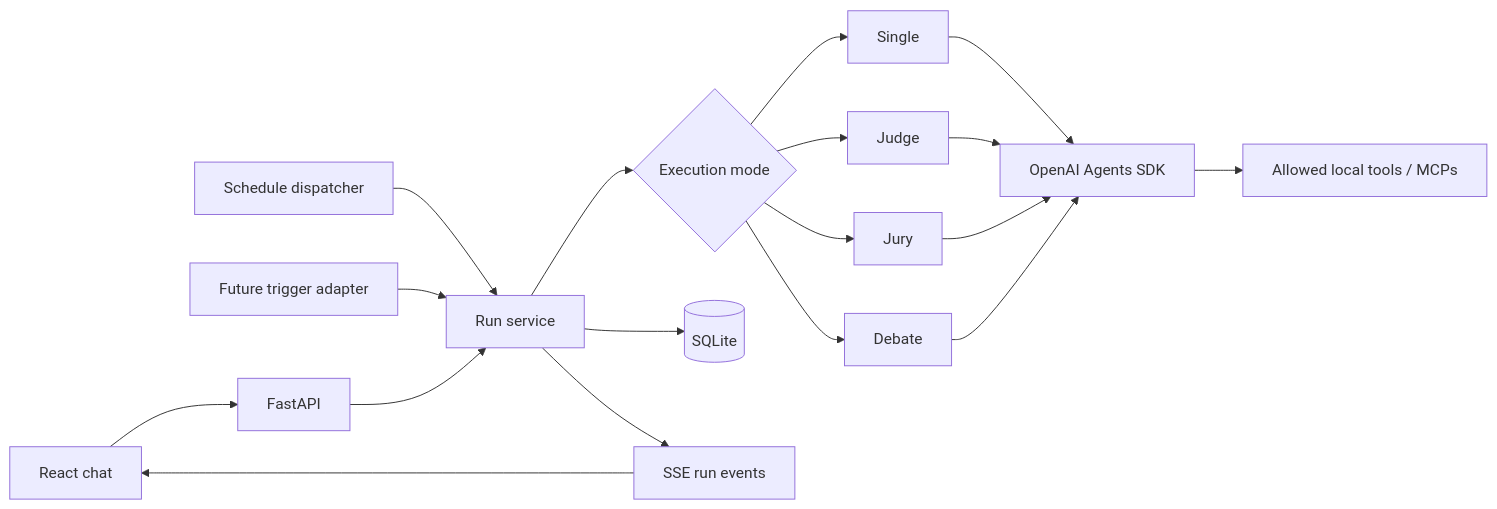
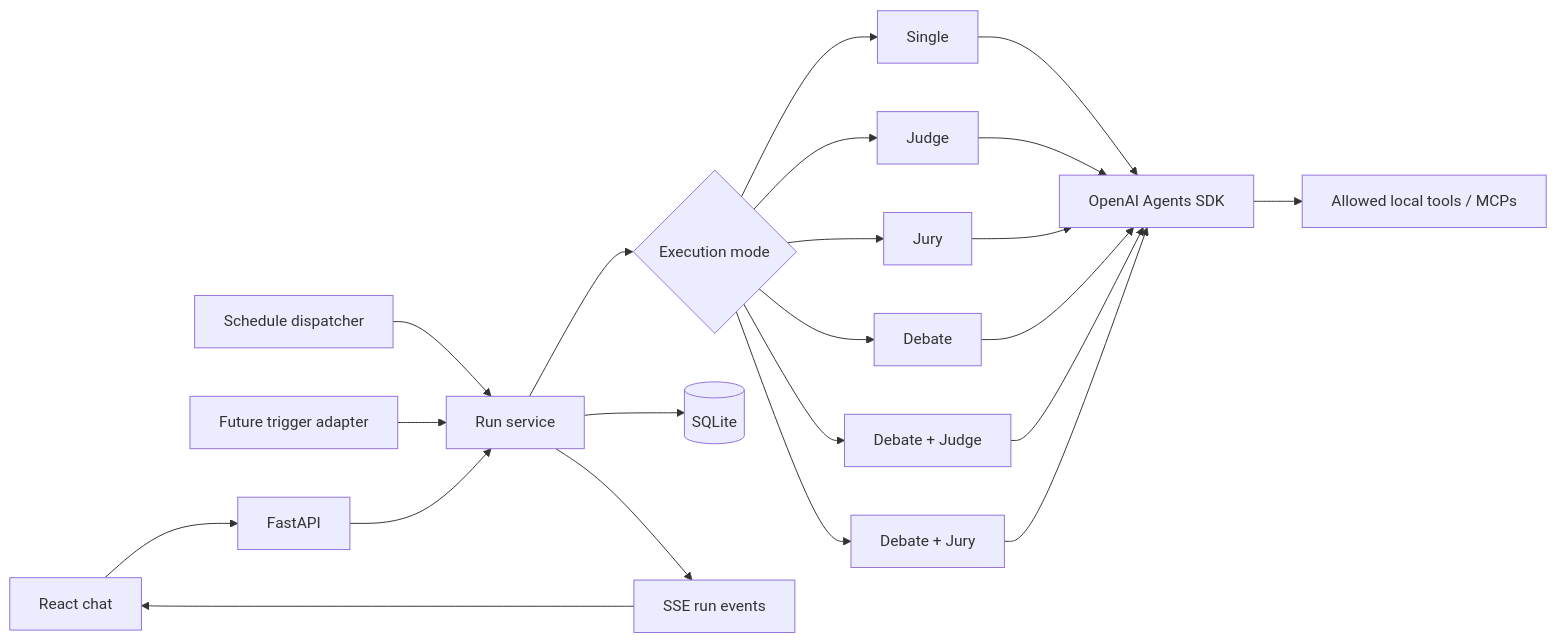
The diagram in Plan.md (tutkowskim/pi-assistant), drawn with Mermaid before and after one commit. The commit also changed other lines of this file, not shown here.

````diff
--- a/Plan.md
+++ b/Plan.md
@@ -95,20 +105,24 @@
 ```mermaid
 flowchart LR
     UI[React chat] --> API[FastAPI]
     Schedule[Schedule dispatcher] --> RunService[Run service]
     Future[Future trigger adapter] --> RunService
     API --> RunService
     RunService --> Orchestrator{Execution mode}
     Orchestrator --> Single[Single]
     Orchestrator --> Judge[Judge]
     Orchestrator --> Jury[Jury]
     Orchestrator --> Debate[Debate]
+    Orchestrator --> DebateJudge[Debate + Judge]
+    Orchestrator --> DebateJury[Debate + Jury]
     Single --> SDK[OpenAI Agents SDK]
     Judge --> SDK
     Jury --> SDK
     Debate --> SDK
+    DebateJudge --> SDK
+    DebateJury --> SDK
     SDK --> Tools[Allowed local tools / MCPs]
     RunService --> DB[(SQLite)]
     RunService --> Stream[SSE run events]
     Stream --> UI
 ```
````
